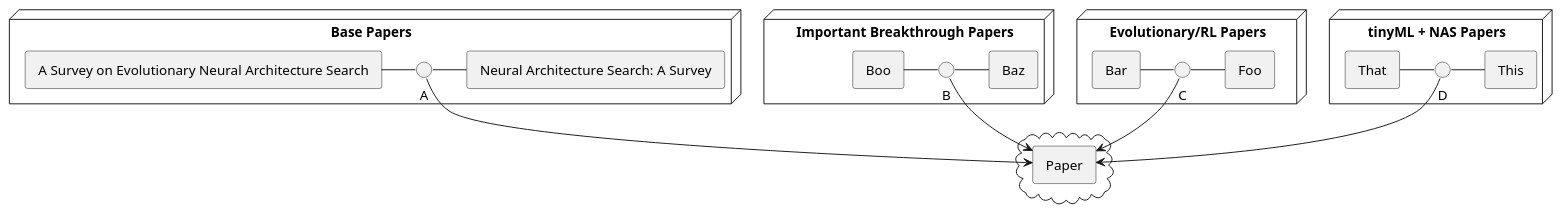
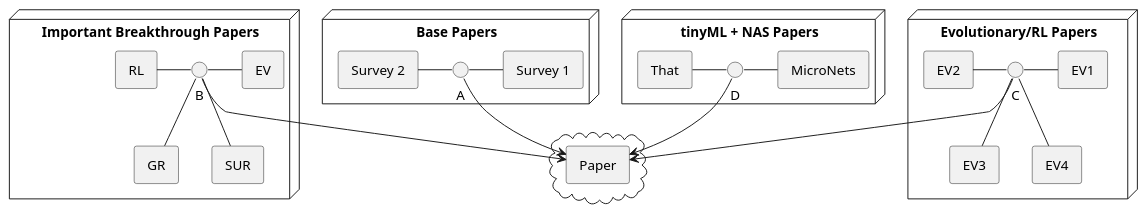
Before and after one commit to duclos-cavalcanti/tum-msei-seminar: the diagram in README.md, drawn with PlantUML. The commit also changed other lines of this file and 2 other files, not shown here.

````diff
--- a/README.md
+++ b/README.md
@@ -414,38 +414,42 @@
 ```plantuml
 
 @startuml
 skinparam componentStyle rectangle
 
 node "Base Papers" {
-    A - [ Neural Architecture Search: A Survey ]
-    [ A Survey on Evolutionary Neural Architecture Search ] - A
+    A - [ Survey 1 ]
+    [ Survey 2 ] - A
  }
 
 node "Important Breakthrough Papers" {
-    B - [ Baz ]
-    [ Boo ] - B
+    [ RL ] - B
+    B - [ EV ]
+    B -down- [ GR ]
+    [ SUR ] -up- B
  }
 
 node "Evolutionary/RL Papers" {
-    C - [ Foo ]
-    [ Bar ] - C
+    C - [ EV1 ]
+    [ EV2 ] - C
+    C -down- [ EV3 ]
+    [ EV4 ] -up- C
  }
 
 node "tinyML + NAS Papers" {
-    D - [ This ]
+    D - [ MicroNets ]
     [ That ] - D
  }
 
 
 cloud {
      [ Paper ]
 }
 
 A --> [ Paper ]
 B --> [ Paper ]
 C --> [ Paper ]
 D --> [ Paper ]
 
 @enduml
 
 ```
````
